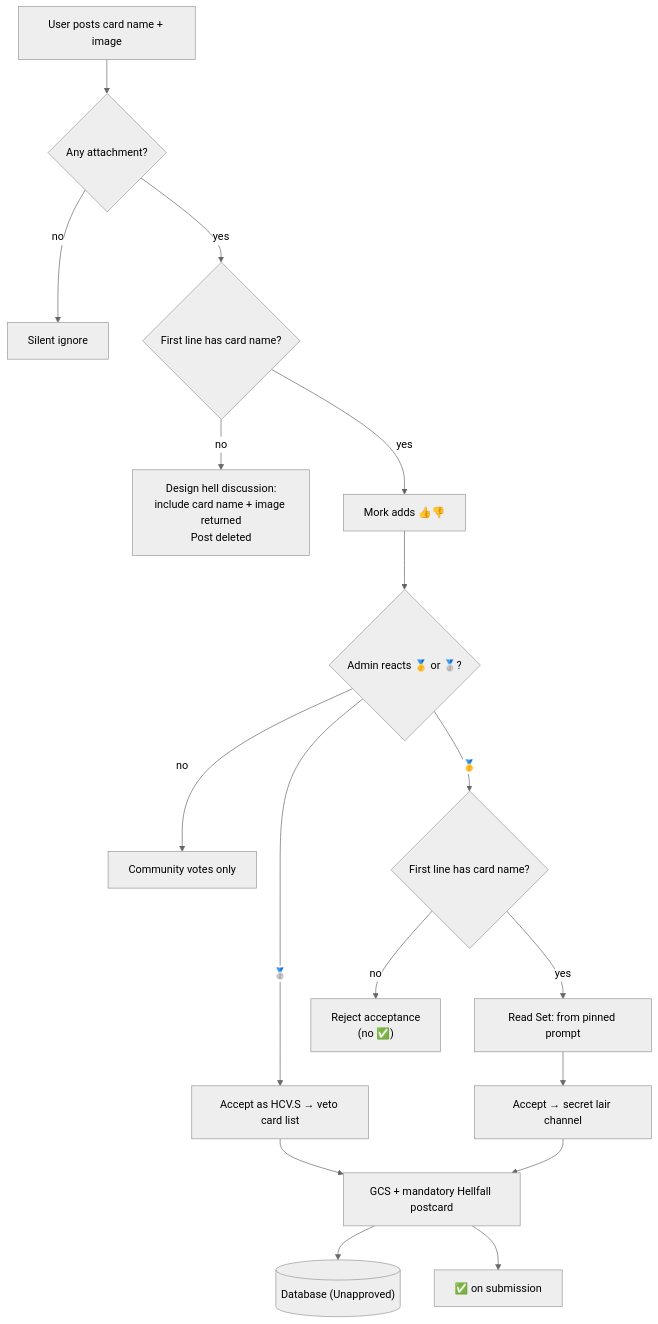
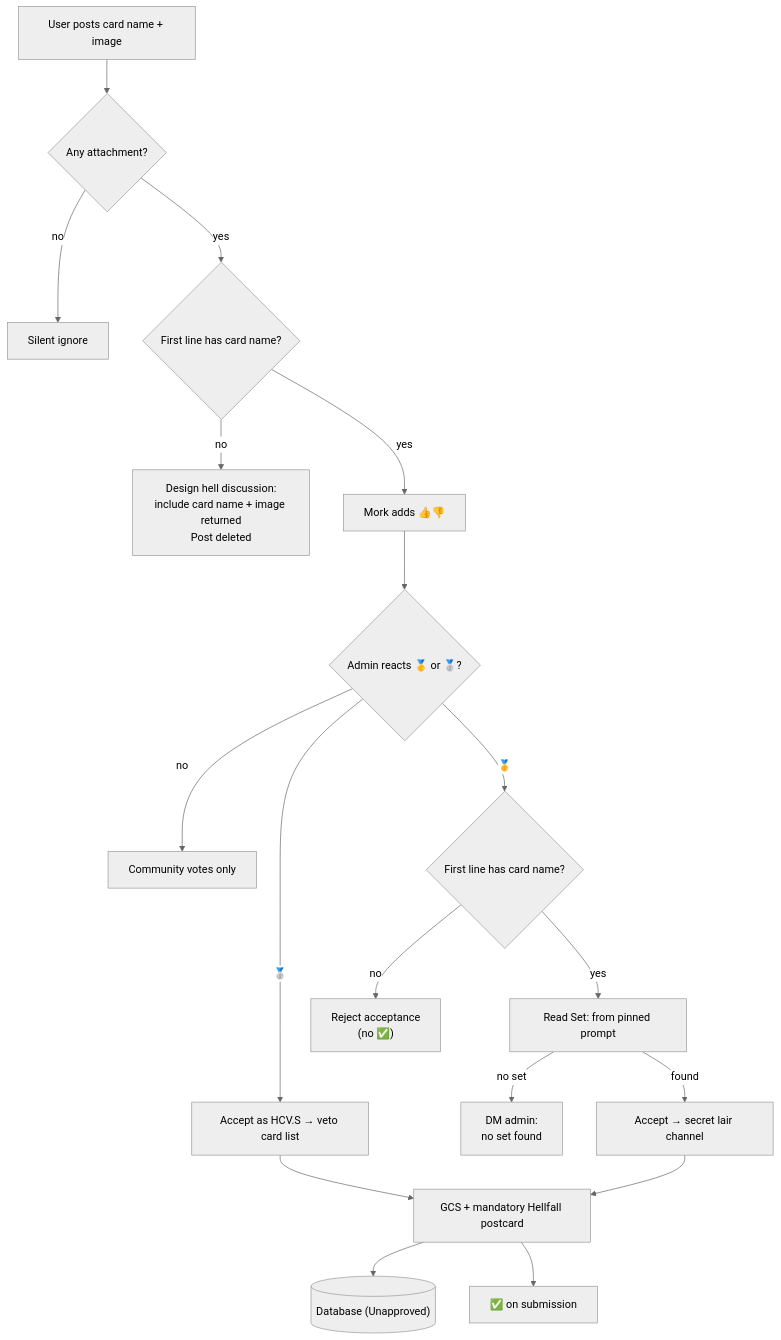
The fifth of 6 diagrams in docs/card-flows/submissions.md (bones-bones/mork), drawn with Mermaid (neutral theme) before and after one commit. The commit also changed other lines of this file and 1 other file, not shown here.

Commit message:
more logging

````diff
--- a/docs/card-flows/submissions.md
+++ b/docs/card-flows/submissions.md
@@ -129,19 +129,20 @@
 ```mermaid
 flowchart TD
   U["User posts card name + image"] --> ATT{"Any attachment?"}
   ATT -->|no| MISS["Silent ignore"]
   ATT -->|yes| NAME{"First line has card name?"}
   NAME -->|no| NONAME["Design hell discussion:<br/>include card name + image returned<br/>Post deleted"]
   NAME -->|yes| V["Mork adds 👍👎"]
   V --> MED{"Admin reacts 🥇 or 🥈?"}
   MED -->|no| WAIT["Community votes only"]
   MED -->|🥈| VETO["Accept as HCV.S → veto card list"]
   MED -->|🥇| TITLE{"First line has card name?"}
   TITLE -->|no| REJ["Reject acceptance<br/>(no ✅)"]
   TITLE -->|yes| PIN["Read Set: from pinned prompt"]
-  PIN --> SL["Accept → secret lair channel"]
+  PIN -->|no set| NOSET["DM admin:<br/>no set found"]
+  PIN -->|found| SL["Accept → secret lair channel"]
   VETO --> ACC["GCS + mandatory Hellfall postcard"]
   SL --> ACC
   ACC --> SH[("Database (Unapproved)")]
   ACC --> OK["✅ on submission"]
 ```
````
